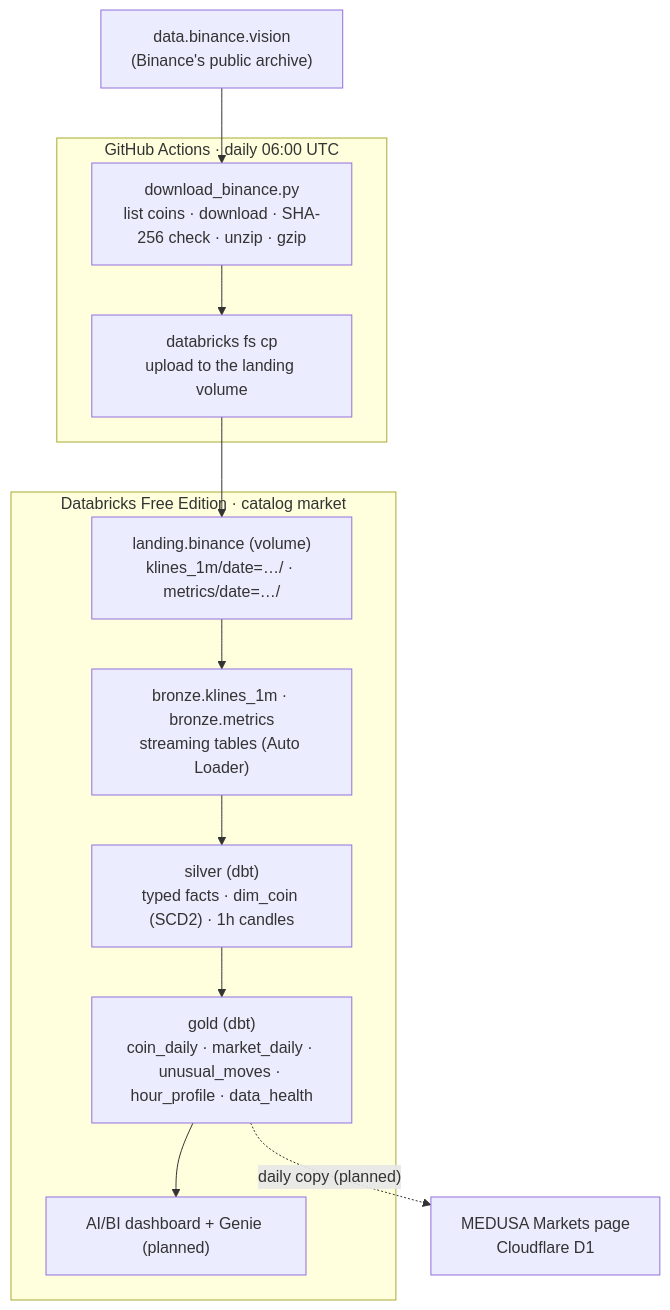
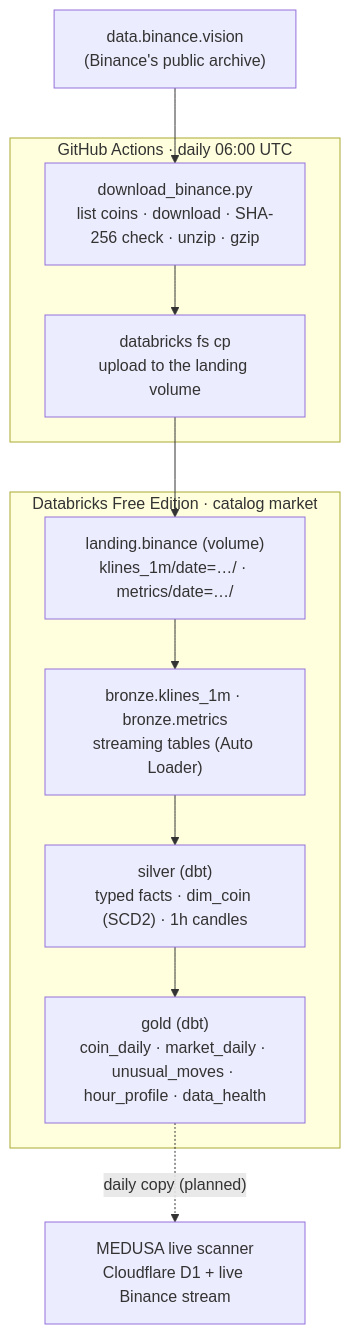
One commit to shivam65-sketch/medusa changed the diagram in lakehouse/docs/architecture.md. Above: the diagram before and after it, drawn with Mermaid. The commit also changed other lines of this file and 11 other files, not shown here.

Commit message:
Docs: step 18 (active coins), ADR-018, updated diagrams; live scanner replaces the dashboard plan

````diff
--- a/lakehouse/docs/architecture.md
+++ b/lakehouse/docs/architecture.md
@@ -13,19 +13,18 @@
 ```mermaid
 flowchart TB
   subgraph GH["GitHub Actions · daily 06:00 UTC"]
     D1["download_binance.py<br>list coins · download · SHA-256 check · unzip · gzip"]
     D2["databricks fs cp<br>upload to the landing volume"]
     D1 --> D2
   end
   BIN["data.binance.vision<br>(Binance's public archive)"] --> D1
   subgraph DBX["Databricks Free Edition · catalog market"]
     L["landing.binance (volume)<br>klines_1m/date=…/ · metrics/date=…/"]
     BR["bronze.klines_1m · bronze.metrics<br>streaming tables (Auto Loader)"]
     SI["silver (dbt)<br>typed facts · dim_coin (SCD2) · 1h candles"]
     GO["gold (dbt)<br>coin_daily · market_daily · unusual_moves · hour_profile · data_health"]
-    DA["AI/BI dashboard + Genie (planned)"]
-    L --> BR --> SI --> GO --> DA
+    L --> BR --> SI --> GO
   end
   D2 --> L
-  GO -.->|"daily copy (planned)"| CF["MEDUSA Markets page<br>Cloudflare D1"]
+  GO -.->|"daily copy (planned)"| CF["MEDUSA live scanner<br>Cloudflare D1 + live Binance stream"]
 ```
````
